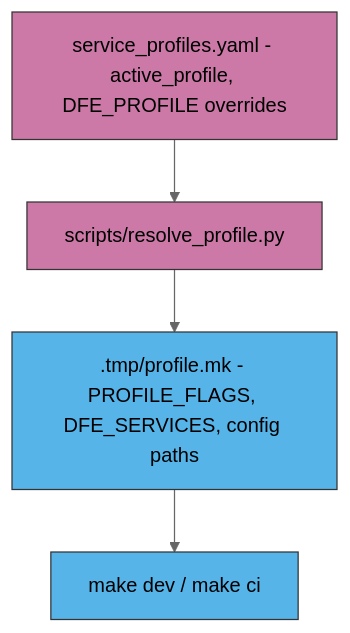
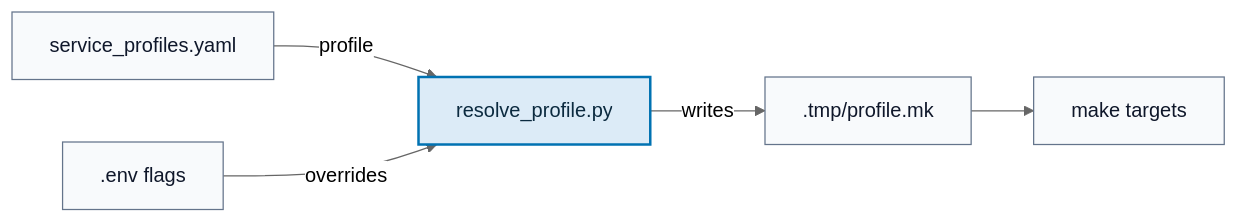
One commit to hyperi-io/dfe-docker changed the second of 4 diagrams in docs/architecture.md. Above: the diagram before and after it, drawn with Mermaid (neutral theme). The commit also changed other lines of this file and 28 other files, not shown here.

First line of the commit message:
docs(docker): fix claims and redraw diagrams

````diff
--- a/docs/architecture.md
+++ b/docs/architecture.md
@@ -98,14 +102,21 @@
 ```mermaid
-flowchart TD
-    classDef cfg fill:#CC79A7,stroke:#333333,color:#000000
-    classDef out fill:#56B4E9,stroke:#333333,color:#000000
+flowchart LR
+    accTitle: L4 Detail -- Profile resolution
+    accDescr: resolve_profile.py reads the active profile from service_profiles.yaml and the DFE_PROFILE and footprint flags from the environment. It writes profile.mk, which the Makefile includes to pass the Compose profiles and DFE services to the targets that start or check a stack.
 
-    sp["service_profiles.yaml - active_profile, DFE_PROFILE overrides"]:::cfg
-    resolve["scripts/resolve_profile.py"]:::cfg
-    mk[".tmp/profile.mk - PROFILE_FLAGS, DFE_SERVICES, config paths"]:::out
-    make["make dev / make ci"]:::out
 
-    sp --> resolve
-    resolve --> mk
+    sp["service_profiles.yaml"]
+    env[".env flags"]
+    resolve["resolve_profile.py"]
+    mk[".tmp/profile.mk"]
+    make["make targets"]
+
+    sp -->|profile| resolve
+    env -->|overrides| resolve
+    resolve -->|writes| mk
     mk --> make
+
+    classDef default fill:#F8FAFC,stroke:#64748B,stroke-width:1px,color:#0F172A
+    classDef core fill:#DCEBF7,stroke:#0072B2,stroke-width:2px,color:#0B2A3F
+    class resolve core
 ```
````
